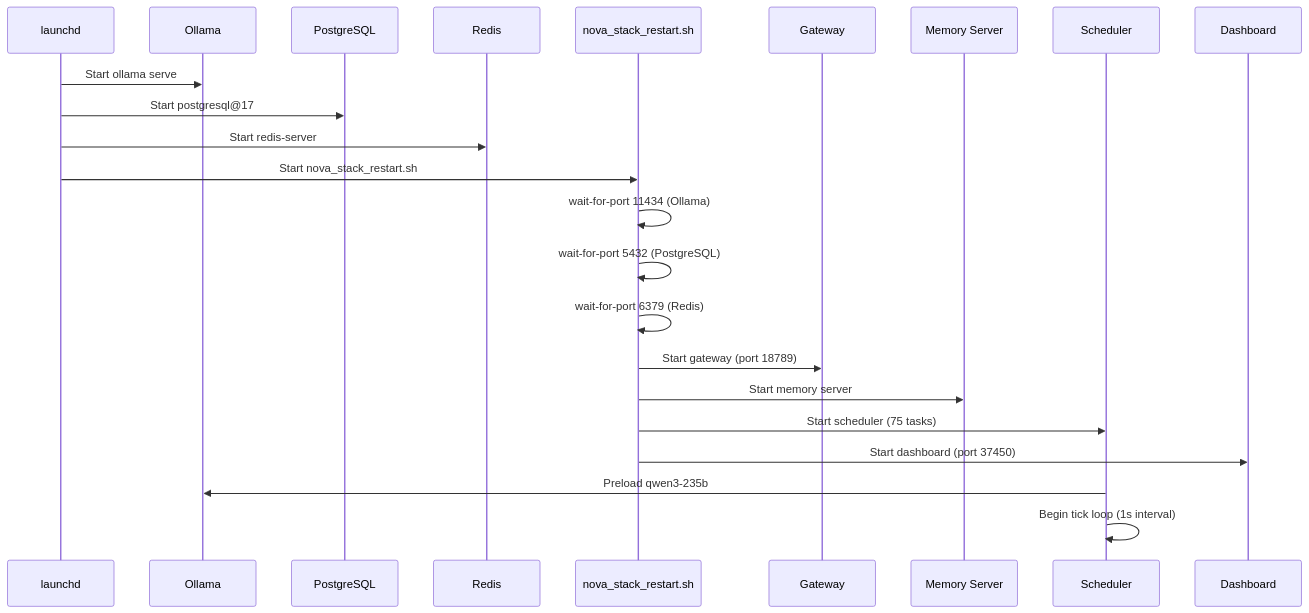
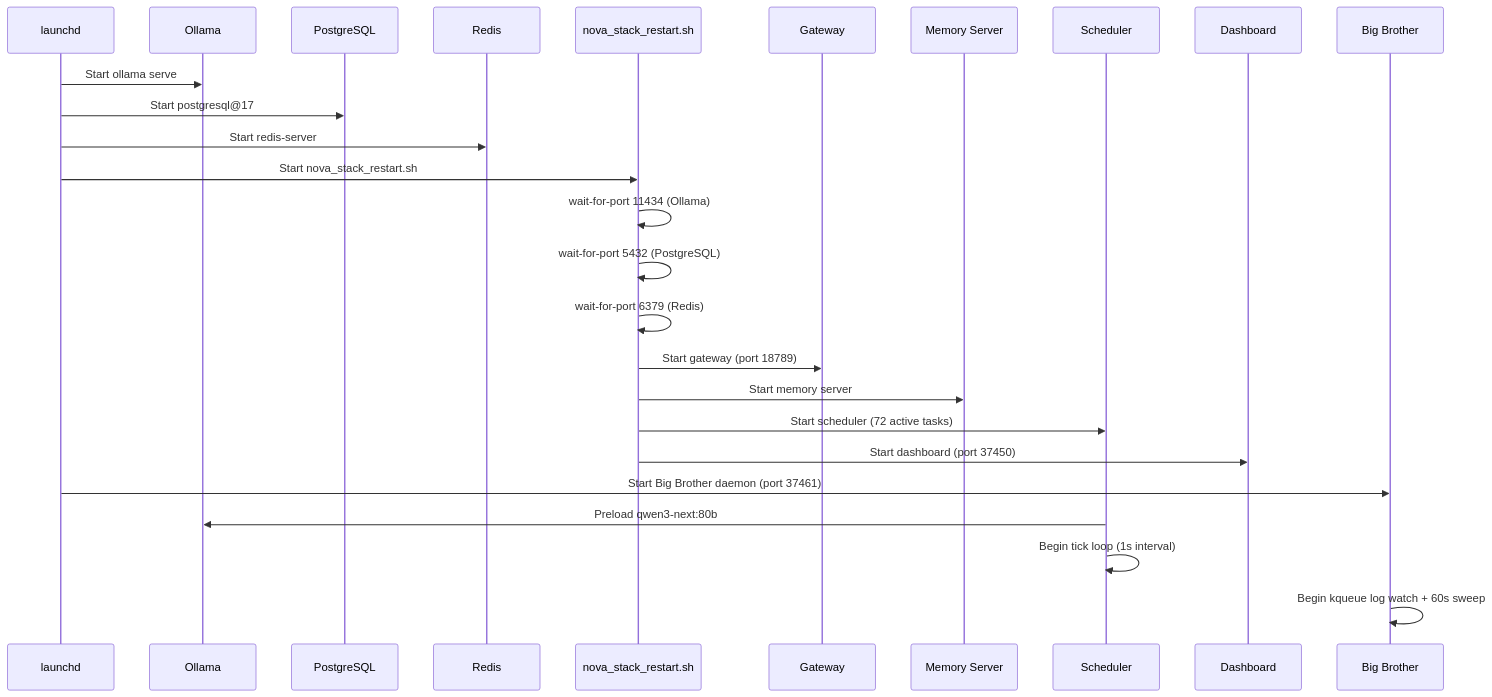
One commit to kochj23/nova changed the fourth of 10 diagrams in README.md. Above: the diagram before and after it, drawn with Mermaid. The commit also changed other lines of this file and 61 other files, not shown here.

````diff
--- a/README.md
+++ b/README.md
@@ -408,26 +485,29 @@
 ```mermaid
 sequenceDiagram
     participant launchd
     participant Ollama
     participant PG as PostgreSQL
     participant Redis
     participant Stack as nova_stack_restart.sh
     participant GW as Gateway
     participant Mem as Memory Server
     participant Sched as Scheduler
     participant Dash as Dashboard
+    participant BB as Big Brother
 
     launchd->>Ollama: Start ollama serve
     launchd->>PG: Start postgresql@17
     launchd->>Redis: Start redis-server
     launchd->>Stack: Start nova_stack_restart.sh
     Stack->>Stack: wait-for-port 11434 (Ollama)
     Stack->>Stack: wait-for-port 5432 (PostgreSQL)
     Stack->>Stack: wait-for-port 6379 (Redis)
     Stack->>GW: Start gateway (port 18789)
     Stack->>Mem: Start memory server
-    Stack->>Sched: Start scheduler (75 tasks)
+    Stack->>Sched: Start scheduler (72 active tasks)
     Stack->>Dash: Start dashboard (port 37450)
-    Sched->>Ollama: Preload qwen3-235b
+    launchd->>BB: Start Big Brother daemon (port 37461)
+    Sched->>Ollama: Preload qwen3-next:80b
     Sched->>Sched: Begin tick loop (1s interval)
+    BB->>BB: Begin kqueue log watch + 60s sweep
 ```
````
